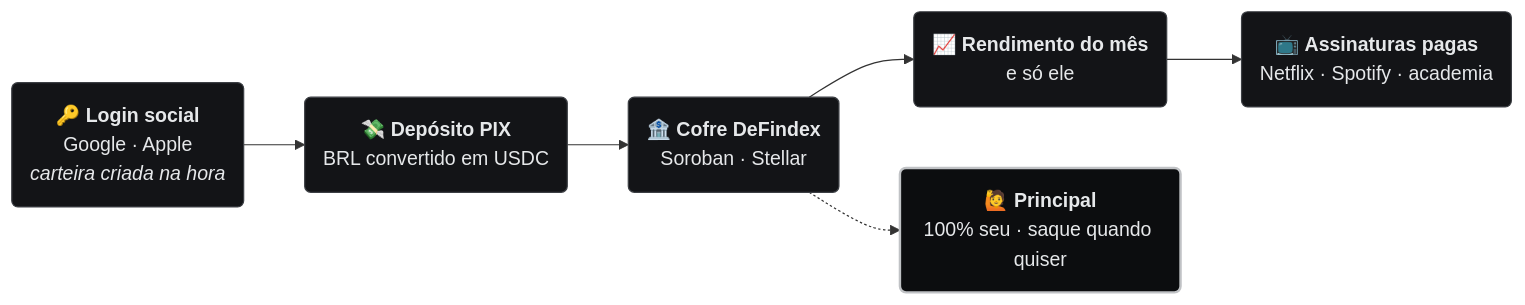
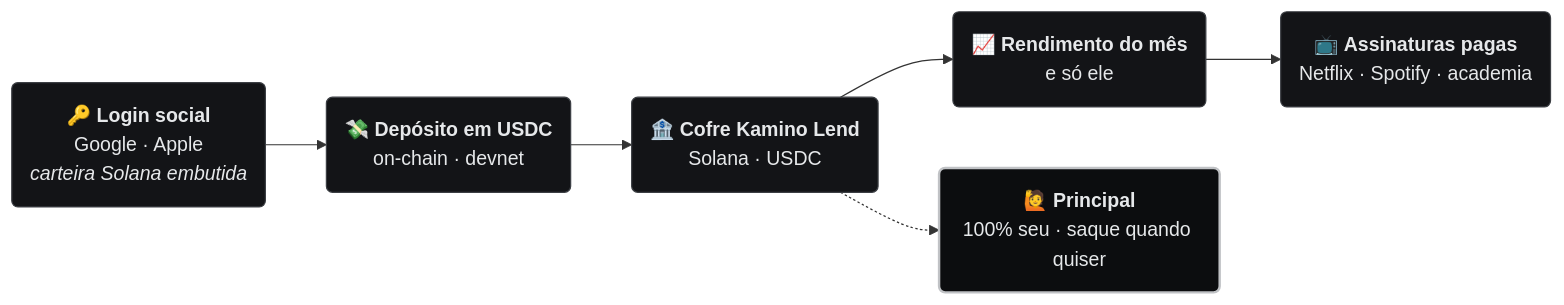
The first of 3 diagrams in README.md (Tiago-Alcantara/yield2Pay-solana), drawn with Mermaid before and after one commit. The commit also changed other lines of this file and 42 other files, not shown here.

First line of the commit message:
feat: migrate family vault from Stellar/DeFindex to Solana/Kamino

````diff
--- a/README.md
+++ b/README.md
@@ -87,17 +87,17 @@
 ```mermaid
 flowchart LR
-    A("🔑 <b>Login social</b><br/>Google · Apple<br/><i>carteira criada na hora</i>")
-    B("💸 <b>Depósito PIX</b><br/>BRL convertido em USDC")
-    C("🏦 <b>Cofre DeFindex</b><br/>Soroban · Stellar")
+    A("🔑 <b>Login social</b><br/>Google · Apple<br/><i>carteira Solana embutida</i>")
+    B("💸 <b>Depósito em USDC</b><br/>on-chain · devnet")
+    C("🏦 <b>Cofre Kamino Lend</b><br/>Solana · USDC")
     D("📈 <b>Rendimento do mês</b><br/>e só ele")
     E("📺 <b>Assinaturas pagas</b><br/>Netflix · Spotify · academia")
     F("🙋 <b>Principal</b><br/>100% seu · saque quando quiser")
 
     A --> B --> C --> D --> E
     C -.-> F
 
     classDef box fill:#131417,stroke:#3c3f44,stroke-width:1px,color:#E6E8EA
     classDef keep fill:#0c0d0f,stroke:#C0C2C5,stroke-width:2px,color:#E6E8EA
     class A,B,C,D,E box
     class F keep
 ```
````
